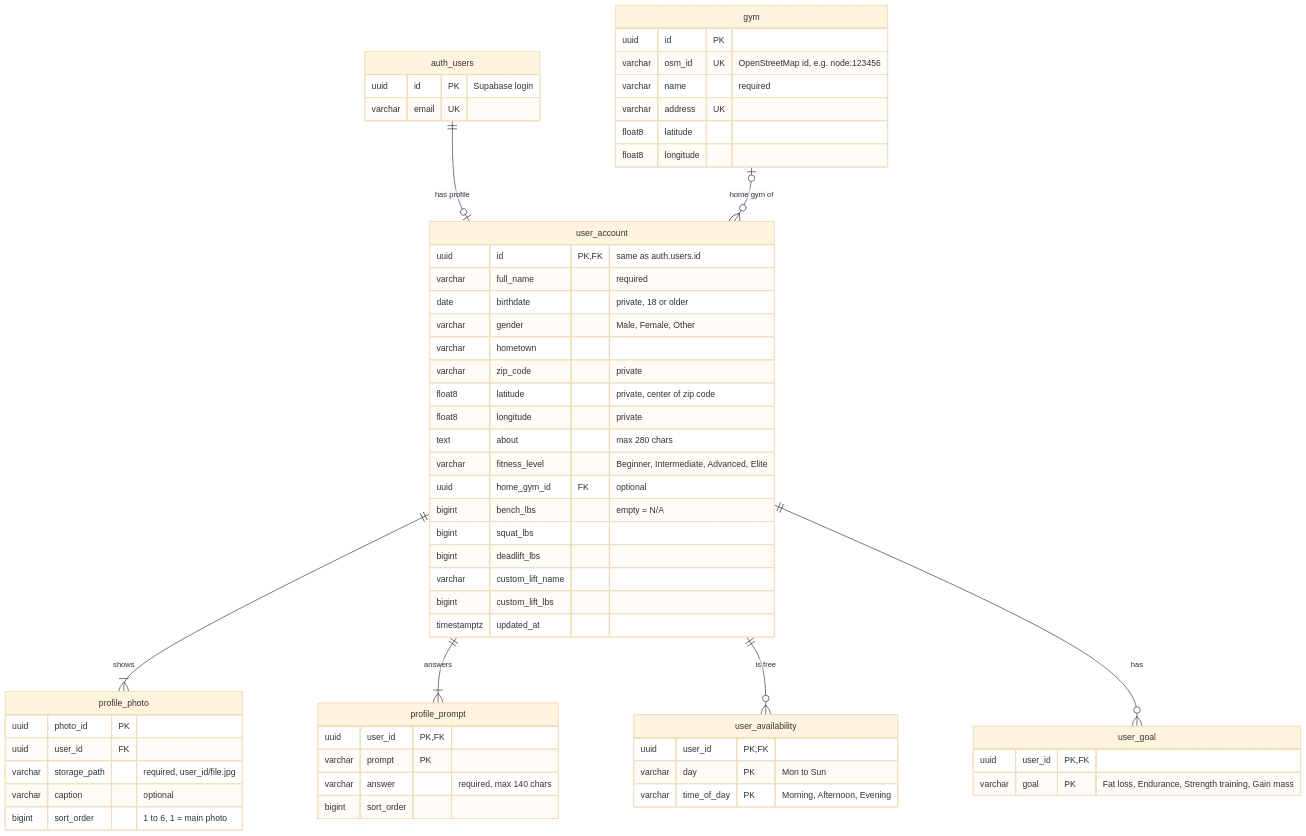
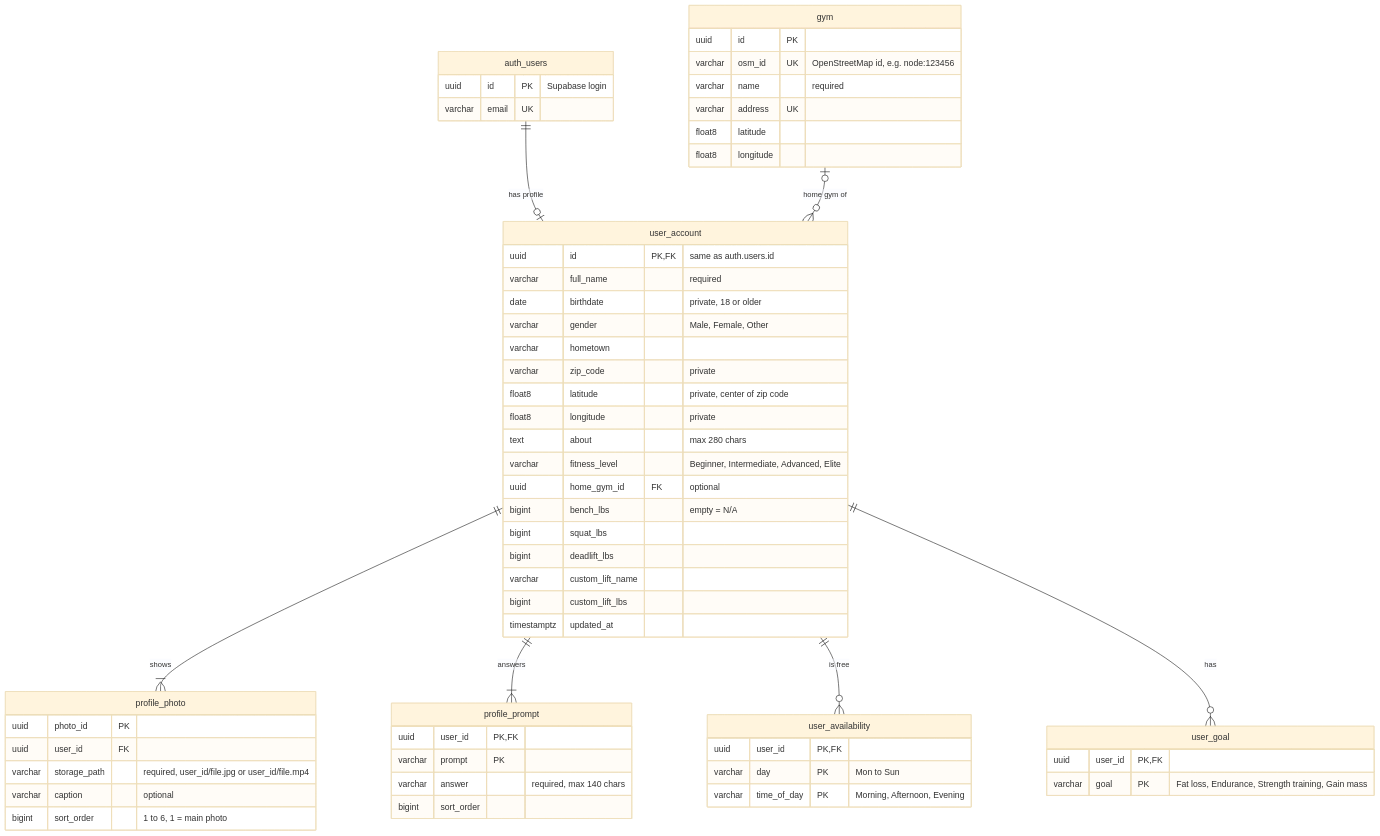
One commit to rehman20052/SwoleMates changed the first of 7 diagrams in docs/DATA_MODEL.md. Above: the diagram before and after it, drawn with Mermaid (base theme). The commit also changed other lines of this file and 23 other files, not shown here.

````diff
--- a/docs/DATA_MODEL.md
+++ b/docs/DATA_MODEL.md
@@ -49,62 +49,62 @@
 ```mermaid
 erDiagram
   auth_users {
     uuid id PK "Supabase login"
     varchar email UK
   }
   user_account {
     uuid id PK, FK "same as auth.users.id"
     varchar full_name "required"
     date birthdate "private, 18 or older"
     varchar gender "Male, Female, Other"
     varchar hometown
     varchar zip_code "private"
     float8 latitude "private, center of zip code"
     float8 longitude "private"
     text about "max 280 chars"
     varchar fitness_level "Beginner, Intermediate, Advanced, Elite"
     uuid home_gym_id FK "optional"
     bigint bench_lbs "empty = N/A"
     bigint squat_lbs
     bigint deadlift_lbs
     varchar custom_lift_name
     bigint custom_lift_lbs
     timestamptz updated_at
   }
   gym {
     uuid id PK
     varchar osm_id UK "OpenStreetMap id, e.g. node:123456"
     varchar name "required"
     varchar address UK
     float8 latitude
     float8 longitude
   }
   profile_photo {
     uuid photo_id PK
     uuid user_id FK
-    varchar storage_path "required, user_id/file.jpg"
+    varchar storage_path "required, user_id/file.jpg or user_id/file.mp4"
     varchar caption "optional"
     bigint sort_order "1 to 6, 1 = main photo"
   }
   profile_prompt {
     uuid user_id PK, FK
     varchar prompt PK
     varchar answer "required, max 140 chars"
     bigint sort_order
   }
   user_availability {
     uuid user_id PK, FK
     varchar day PK "Mon to Sun"
     varchar time_of_day PK "Morning, Afternoon, Evening"
   }
   user_goal {
     uuid user_id PK, FK
     varchar goal PK "Fat loss, Endurance, Strength training, Gain mass"
   }
   auth_users ||--o| user_account : "has profile"
   gym |o--o{ user_account : "home gym of"
   user_account ||--|{ profile_photo : shows
   user_account ||--|{ profile_prompt : answers
   user_account ||--o{ user_availability : "is free"
   user_account ||--o{ user_goal : has
 ```
````
